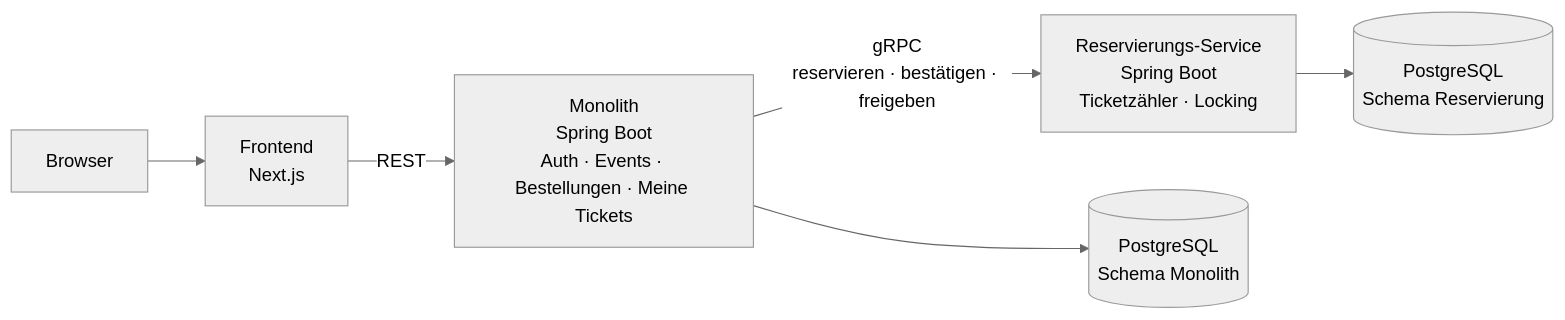
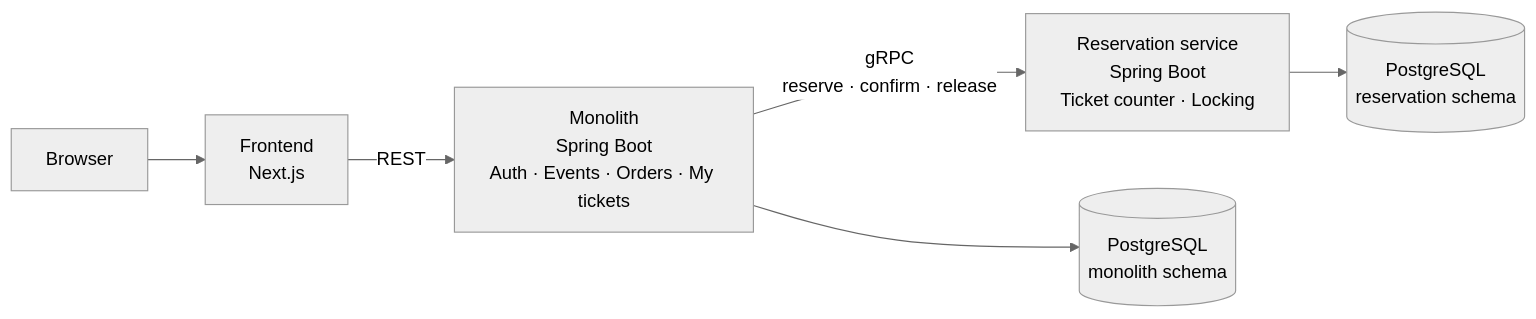
One commit to Umex10/overex changed the diagram in README.md. Above: the diagram before and after it, drawn with Mermaid (neutral theme). The commit also changed other lines of this file, not shown here.

````diff
--- a/README.md
+++ b/README.md
@@ -32,8 +32,8 @@
 ```mermaid
 flowchart LR
     B["Browser"] --> F["Frontend<br/>Next.js"]
-    F -->|"REST"| M["Monolith<br/>Spring Boot<br/>Auth · Events · Bestellungen · Meine Tickets"]
-    M -->|"gRPC<br/>reservieren · bestätigen · freigeben"| R["Reservierungs-Service<br/>Spring Boot<br/>Ticketzähler · Locking"]
-    M --> DB1[("PostgreSQL<br/>Schema Monolith")]
-    R --> DB2[("PostgreSQL<br/>Schema Reservierung")]
+    F -->|"REST"| M["Monolith<br/>Spring Boot<br/>Auth · Events · Orders · My tickets"]
+    M -->|"gRPC<br/>reserve · confirm · release"| R["Reservation service<br/>Spring Boot<br/>Ticket counter · Locking"]
+    M --> DB1[("PostgreSQL<br/>monolith schema")]
+    R --> DB2[("PostgreSQL<br/>reservation schema")]
 ```
````
